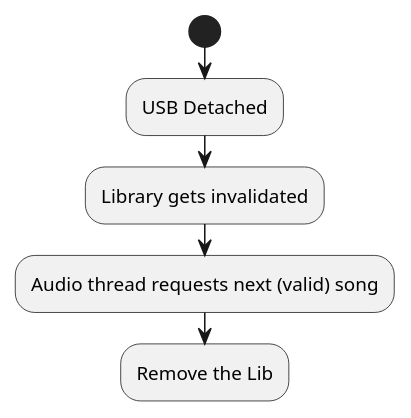
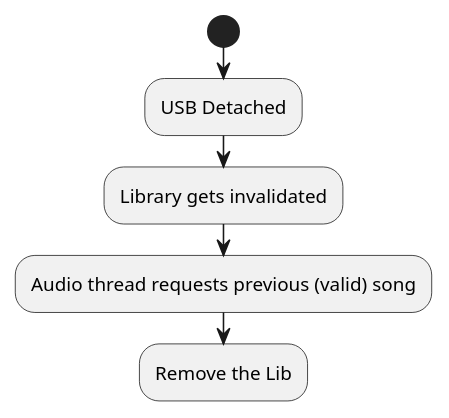
The second of 2 diagrams in README.md (MineStorm999/BackingtrackPlayer_BG), drawn with PlantUML before and after one commit. The commit also changed 4 other files, not shown here.

````diff
--- a/README.md
+++ b/README.md
@@ -132,9 +132,9 @@
 ```plantuml
 @startuml
 start 
 :USB Detached;
 :Library gets invalidated;
-:Audio thread requests next (valid) song;
+:Audio thread requests previous (valid) song;
 :Remove the Lib;
 @enduml
 ```
````
